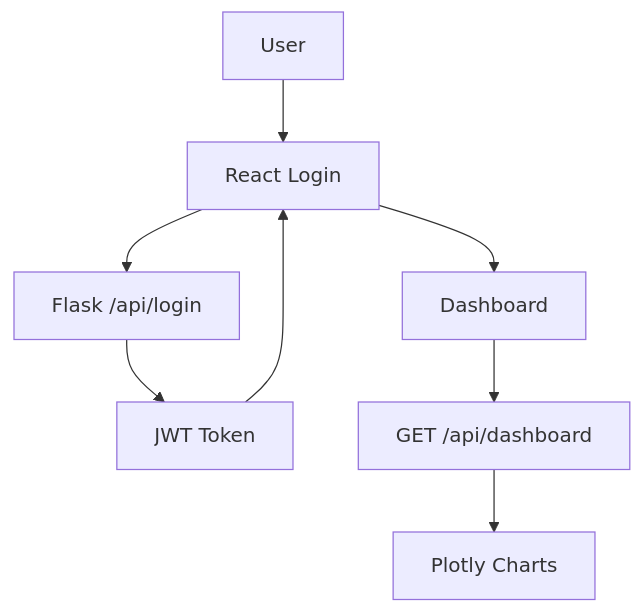
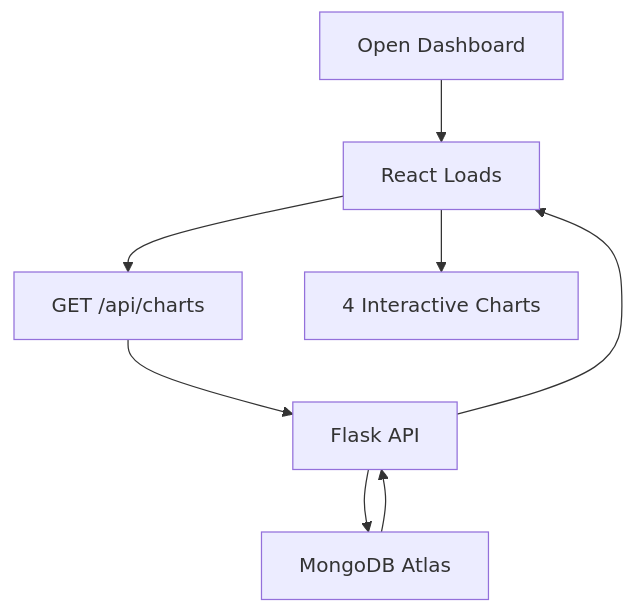
Before and after one commit to Patidarmadhuri/Financial-Dashboard-Project: the diagram in financial-dashboard/README.md, drawn with Mermaid. The commit also changed other lines of this file, not shown here.

Commit message:
Update READMEs: public frontend + full backend API

````diff
--- a/financial-dashboard/README.md
+++ b/financial-dashboard/README.md
@@ -134,10 +129,10 @@
 ```mermaid
 graph TD
-    A[User] --> B[React Login]
-    B --> C[Flask /api/login]
-    C --> D[JWT Token]
+    A[Open Dashboard] --> B[React Loads]
+    B --> C[GET /api/charts]
+    C --> D[Flask API]
+    D --> E[MongoDB Atlas]
+    E --> D
     D --> B
-    B --> E[Dashboard]
-    E --> F[GET /api/dashboard]
-    F --> G[Plotly Charts]
+    B --> F[4 Interactive Charts]
 ```
````
